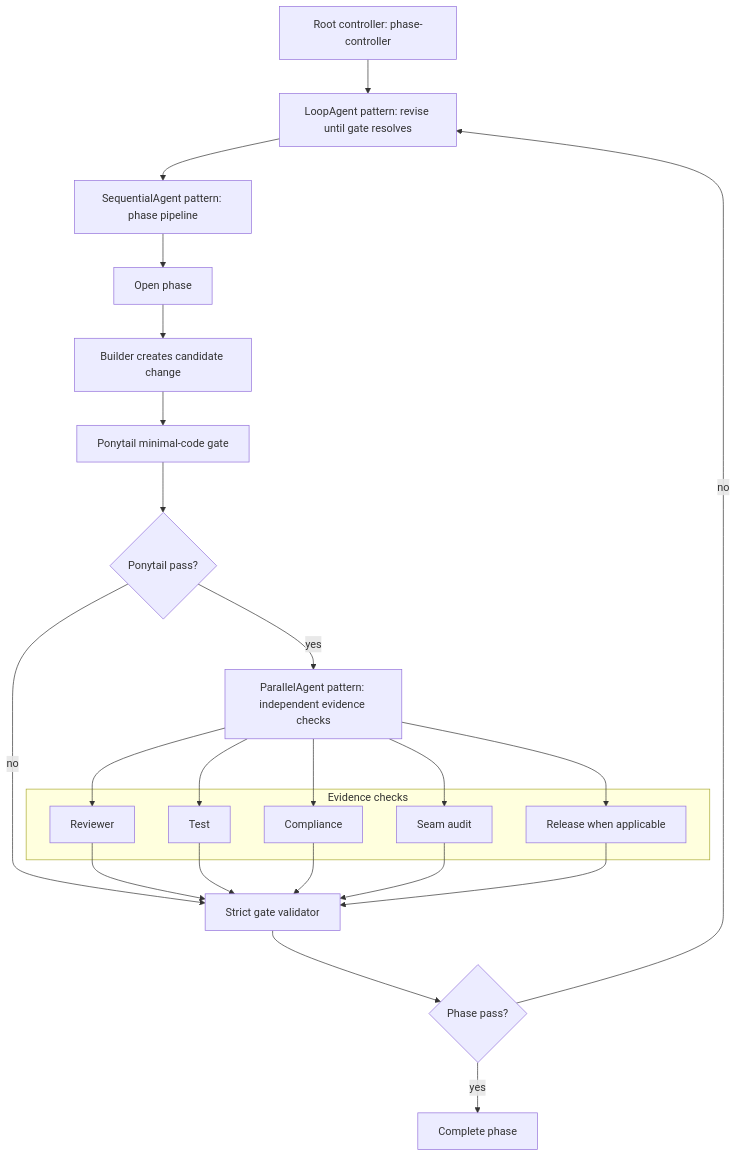
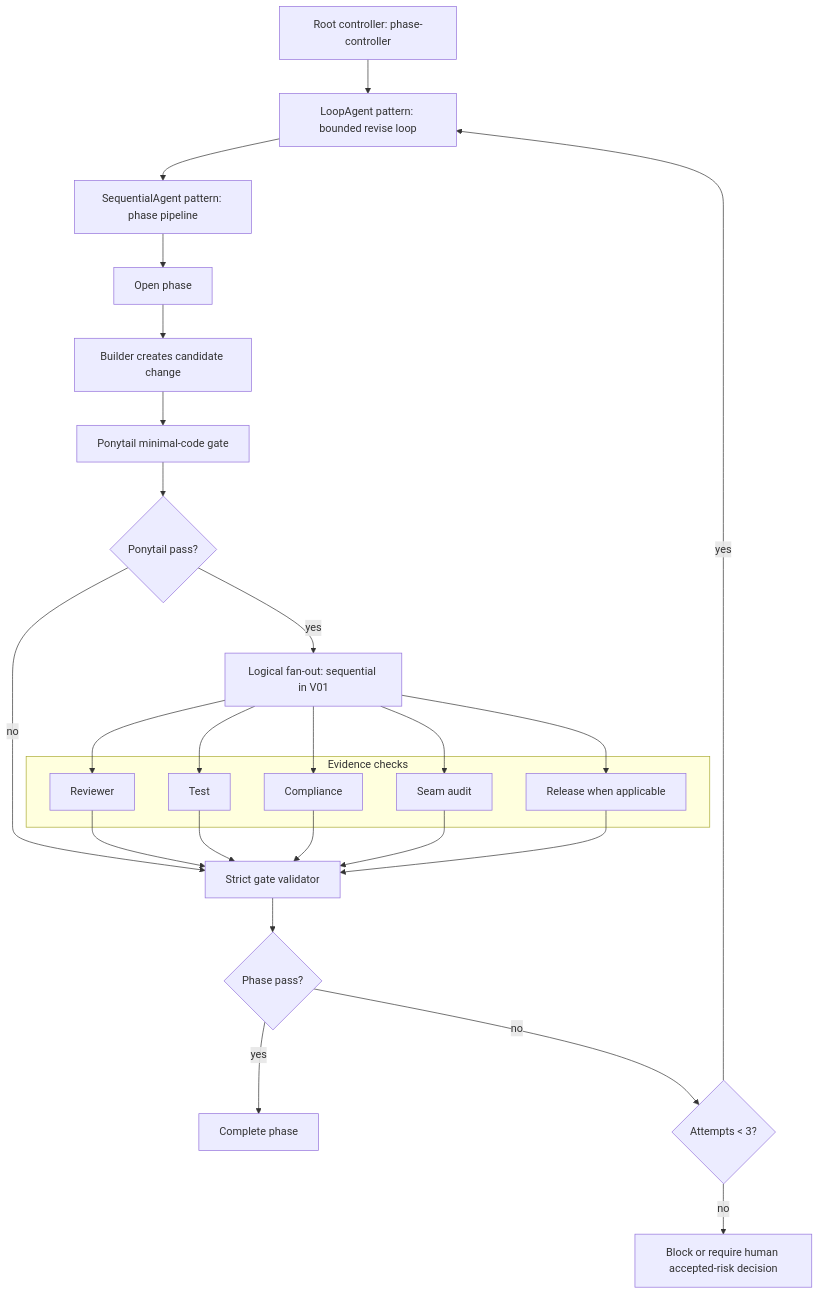
The fourth of 4 diagrams in projects/builder-team-qc/plugin/docs/orchestration-diagram.md (randy-aloop/everythingcodex), drawn with Mermaid before and after one commit. The commit also changed other lines of this file and 6 other files, not shown here.

````diff
--- a/projects/builder-team-qc/plugin/docs/orchestration-diagram.md
+++ b/projects/builder-team-qc/plugin/docs/orchestration-diagram.md
@@ -136,37 +151,39 @@
 ```mermaid
 flowchart TD
-    ROOT["Root controller: phase-controller"] --> LOOP["LoopAgent pattern: revise until gate resolves"]
+    ROOT["Root controller: phase-controller"] --> LOOP["LoopAgent pattern: bounded revise loop"]
     LOOP --> SEQ["SequentialAgent pattern: phase pipeline"]
 
     SEQ --> OPEN["Open phase"]
     OPEN --> BUILD["Builder creates candidate change"]
     BUILD --> PONY["Ponytail minimal-code gate"]
     PONY --> PASS{"Ponytail pass?"}
 
-    PASS -- "yes" --> PAR["ParallelAgent pattern: independent evidence checks"]
+    PASS -- "yes" --> PAR["Logical fan-out: sequential in V01"]
     PASS -- "no" --> GATE["Strict gate validator"]
 
     subgraph CHECKS["Evidence checks"]
         REV["Reviewer"]
         TEST["Test"]
         COMP["Compliance"]
         SEAM["Seam audit"]
         RELEASE["Release when applicable"]
     end
 
     PAR --> REV
     PAR --> TEST
     PAR --> COMP
     PAR --> SEAM
     PAR --> RELEASE
 
     REV --> GATE
     TEST --> GATE
     COMP --> GATE
     SEAM --> GATE
     RELEASE --> GATE
 
     GATE --> GPASS{"Phase pass?"}
     GPASS -- "yes" --> DONE["Complete phase"]
-    GPASS -- "no" --> LOOP
+    GPASS -- "no" --> CAP{"Attempts < 3?"}
+    CAP -- "yes" --> LOOP
+    CAP -- "no" --> BLOCK["Block or require human accepted-risk decision"]
 ```
````
